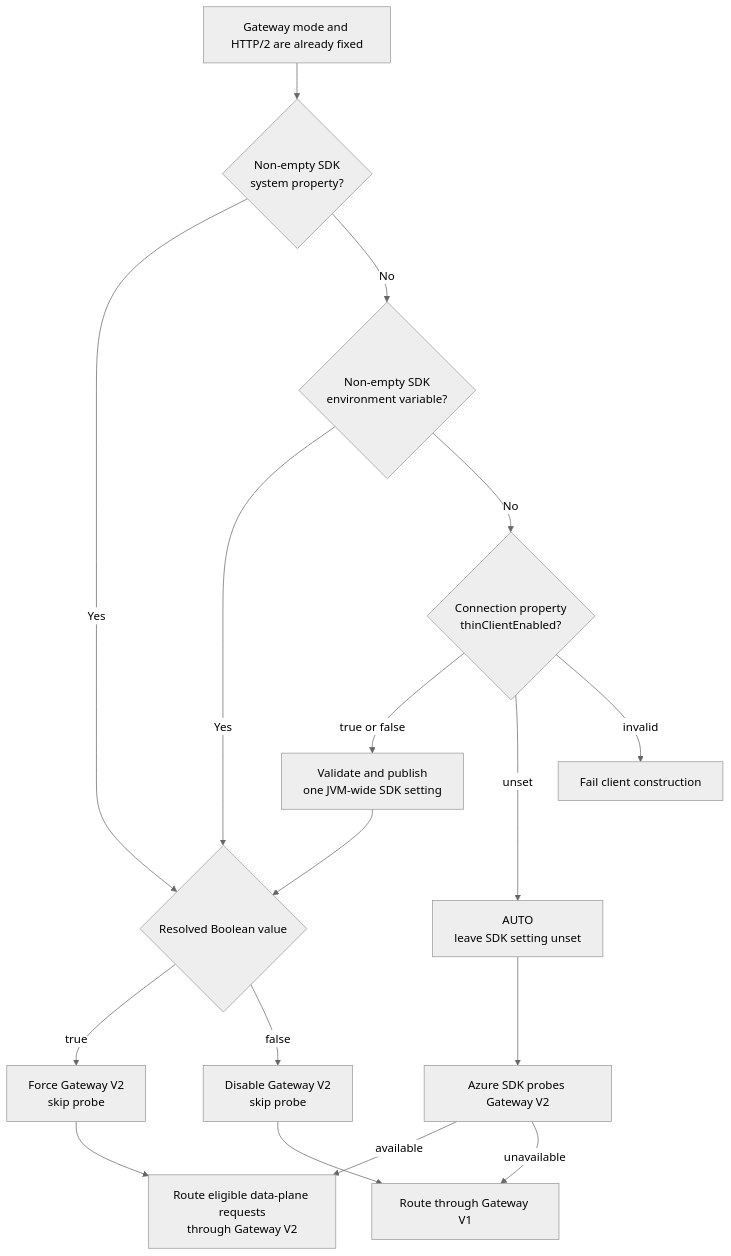
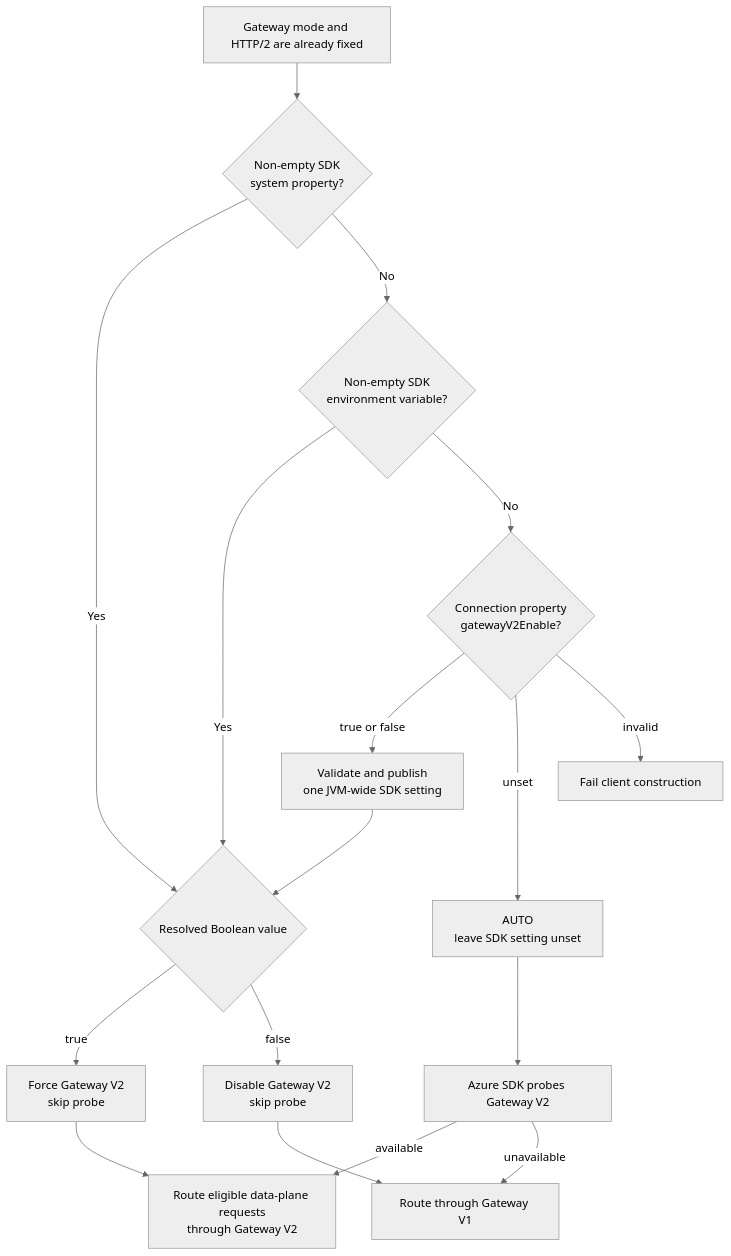
Before and after one commit to allenkim0129/multiclouddb-sdk-for-java: the fourth of 4 diagrams in specs/feat/cosmos-gateway-defaults/design.md, drawn with Mermaid (neutral theme). The commit also changed other lines of this file and 17 other files, not shown here.

````diff
--- a/specs/feat/cosmos-gateway-defaults/design.md
+++ b/specs/feat/cosmos-gateway-defaults/design.md
@@ -133,33 +170,33 @@
 ```mermaid
 flowchart TD
     Start["Gateway mode and HTTP/2 are already fixed"]
     System{"Non-empty SDK<br/>system property?"}
     Environment{"Non-empty SDK<br/>environment variable?"}
-    Connection{"Connection property<br/>thinClientEnabled?"}
+    Connection{"Connection property<br/>gatewayV2Enable?"}
     Publish["Validate and publish<br/>one JVM-wide SDK setting"]
     Value{"Resolved Boolean value"}
     Auto["AUTO<br/>leave SDK setting unset"]
     Probe["Azure SDK probes Gateway V2"]
     V2["Route eligible data-plane requests<br/>through Gateway V2"]
     V1["Route through Gateway V1"]
     Force["Force Gateway V2<br/>skip probe"]
     Off["Disable Gateway V2<br/>skip probe"]
     Error["Fail client construction"]
 
     Start --> System
     System -->|Yes| Value
     System -->|No| Environment
     Environment -->|Yes| Value
     Environment -->|No| Connection
     Connection -->|true or false| Publish
     Connection -->|unset| Auto
     Connection -->|invalid| Error
     Publish --> Value
     Value -->|true| Force
     Value -->|false| Off
     Force --> V2
     Off --> V1
     Auto --> Probe
     Probe -->|available| V2
     Probe -->|unavailable| V1
 ```
````
